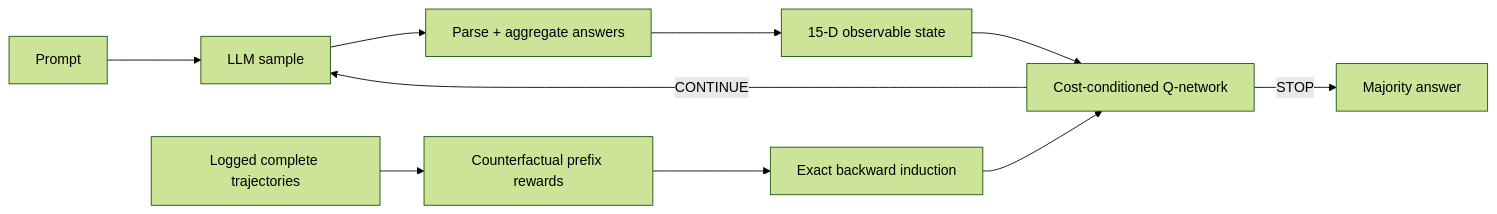
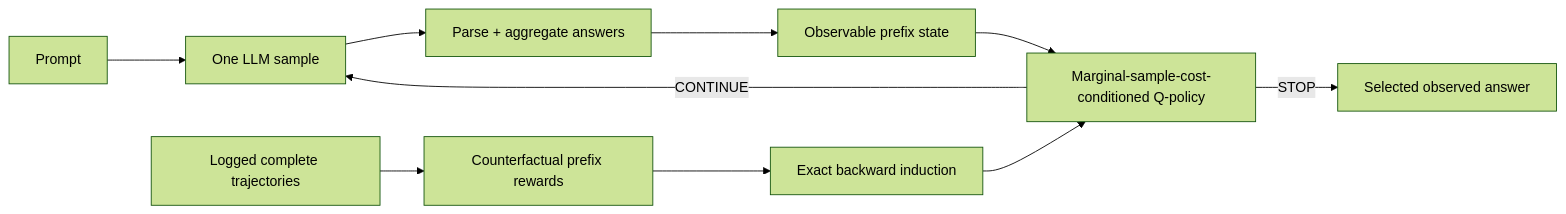
The diagram in README.md (mottopanikeiku/branchpilot), drawn with Mermaid (forest theme) before and after one commit. The commit also changed other lines of this file and 3 other files, not shown here.

````diff
--- a/README.md
+++ b/README.md
@@ -56,13 +270,13 @@
 ```mermaid
 flowchart LR
-    P[Prompt] --> M[LLM sample]
+    P[Prompt] --> M[One LLM sample]
     M --> A[Parse + aggregate answers]
-    A --> S[15-D observable state]
-    S --> Q[Cost-conditioned Q-network]
+    A --> S[Observable prefix state]
+    S --> Q[Marginal-sample-cost-conditioned Q-policy]
     Q -->|CONTINUE| M
-    Q -->|STOP| O[Majority answer]
+    Q -->|STOP| O[Selected observed answer]
 
     T[Logged complete trajectories] --> R[Counterfactual prefix rewards]
     R --> D[Exact backward induction]
     D --> Q
 ```
````
